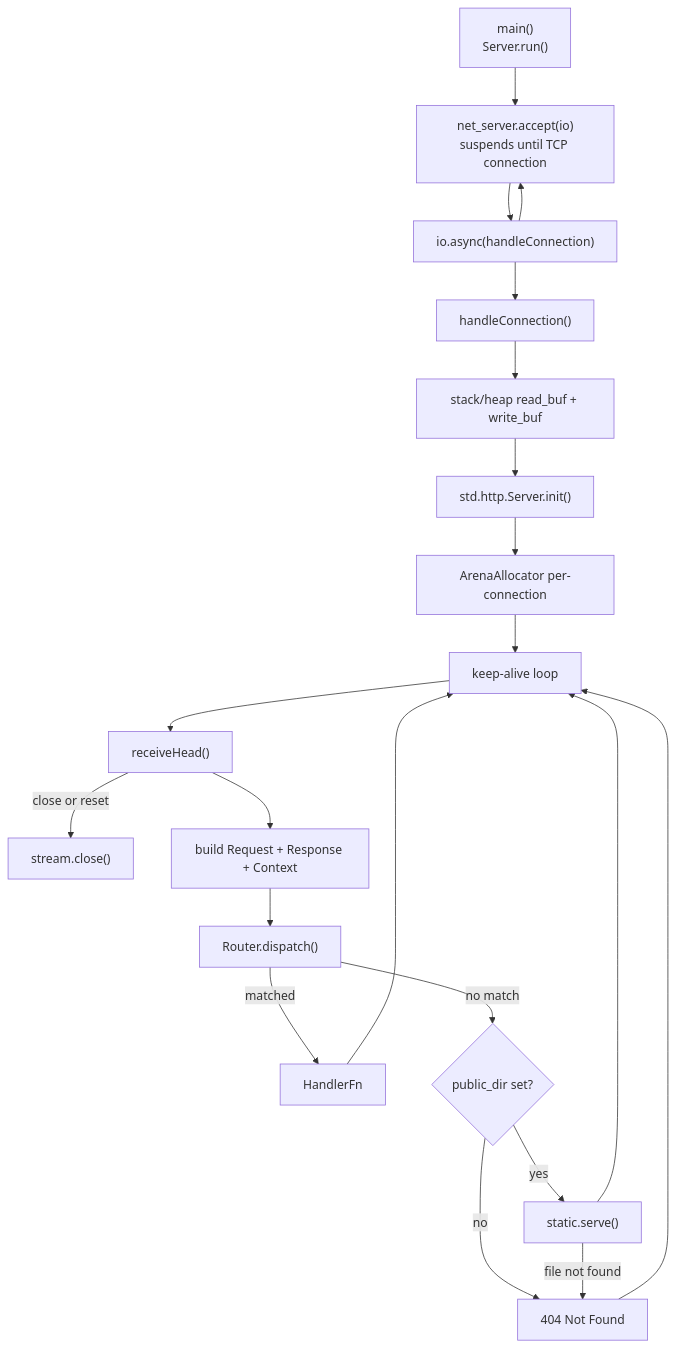
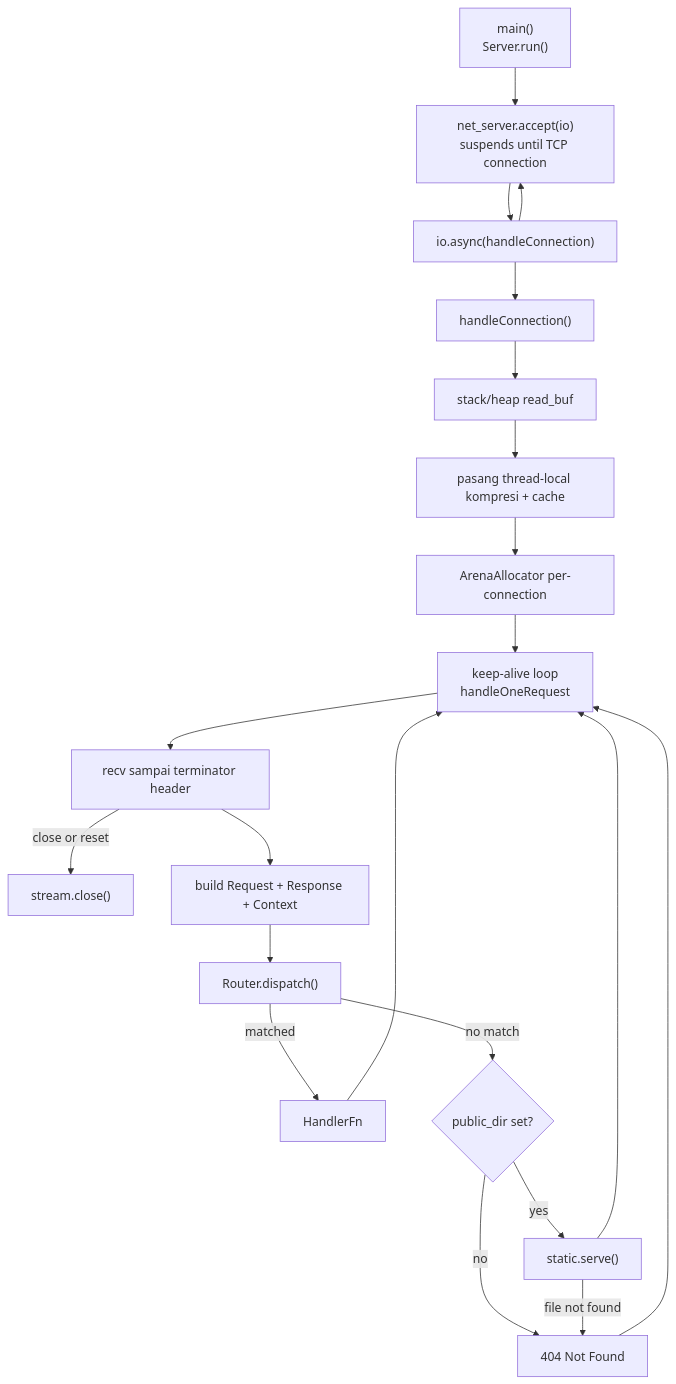
The first of 12 diagrams in docs/hld-http-id.md (prothegee/zix), drawn with Mermaid before and after one commit. The commit also changed other lines of this file, not shown here.

Commit message:
refresh http hld request view and async flow

````diff
--- a/docs/hld-http-id.md
+++ b/docs/hld-http-id.md
@@ -30,23 +30,23 @@
 ```mermaid
 flowchart TD
     MAIN["main()\nServer.run()"] --> D["net_server.accept(io)\nsuspends until TCP connection"]
     D --> E["io.async(handleConnection)"]
     E --> D
     E --> F["handleConnection()"]
-    F --> G["stack/heap read_buf + write_buf"]
-    G --> H["std.http.Server.init()"]
+    F --> G["stack/heap read_buf"]
+    G --> H["pasang thread-local kompresi + cache"]
     H --> I["ArenaAllocator per-connection"]
-    I --> J["keep-alive loop"]
-    J --> K["receiveHead()"]
+    I --> J["keep-alive loop\nhandleOneRequest"]
+    J --> K["recv sampai terminator header"]
     K -->|close or reset| Z["stream.close()"]
     K --> L["build Request + Response + Context"]
     L --> M["Router.dispatch()"]
     M -->|matched| N["HandlerFn"]
     M -->|no match| O{"public_dir set?"}
     O -->|yes| P["static.serve()"]
     O -->|no| Q["404 Not Found"]
     P -->|file not found| Q
     N --> J
     P --> J
     Q --> J
 ```
````
